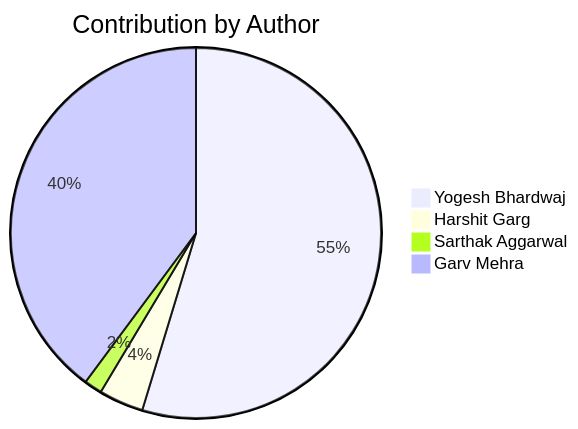
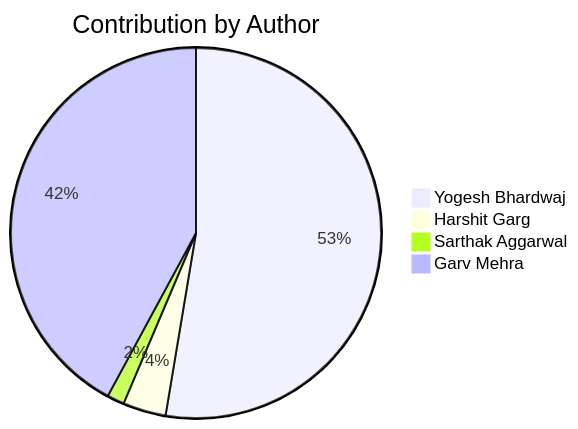
One commit to Yogesh-Bhardwaj-hue/Scm-Final_2.0 changed the second of 2 diagrams in README.md. Above: the diagram before and after it, drawn with Mermaid. The commit also changed other lines of this file, not shown here.

Commit message:
Update contribution charts

````diff
--- a/README.md
+++ b/README.md
@@ -183,7 +183,7 @@
 ```mermaid
 pie title Contribution by Author
     "Yogesh Bhardwaj": 70
     "Harshit Garg": 5
     "Sarthak Aggarwal": 2
-    "Garv Mehra": 51
+    "Garv Mehra": 56
 ```
````
